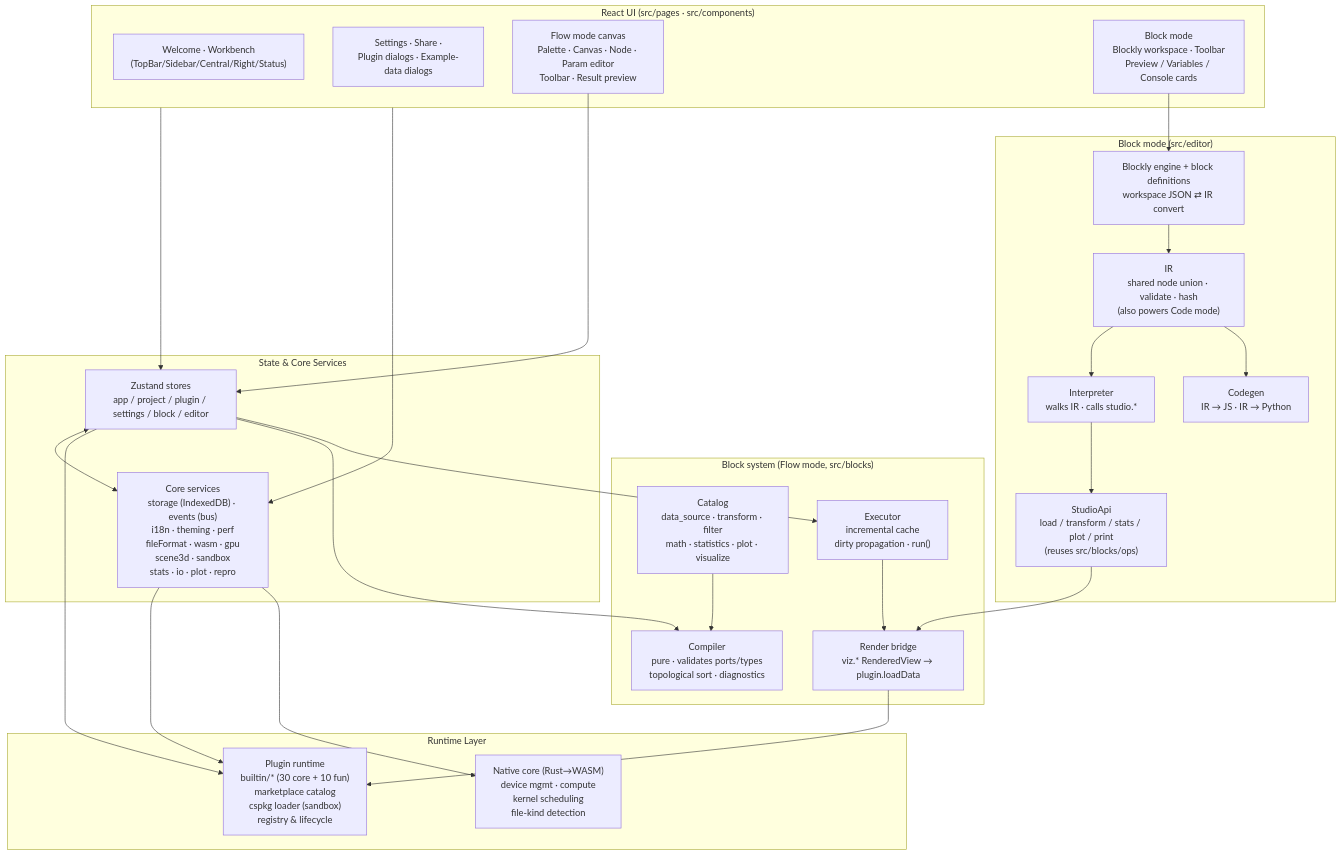
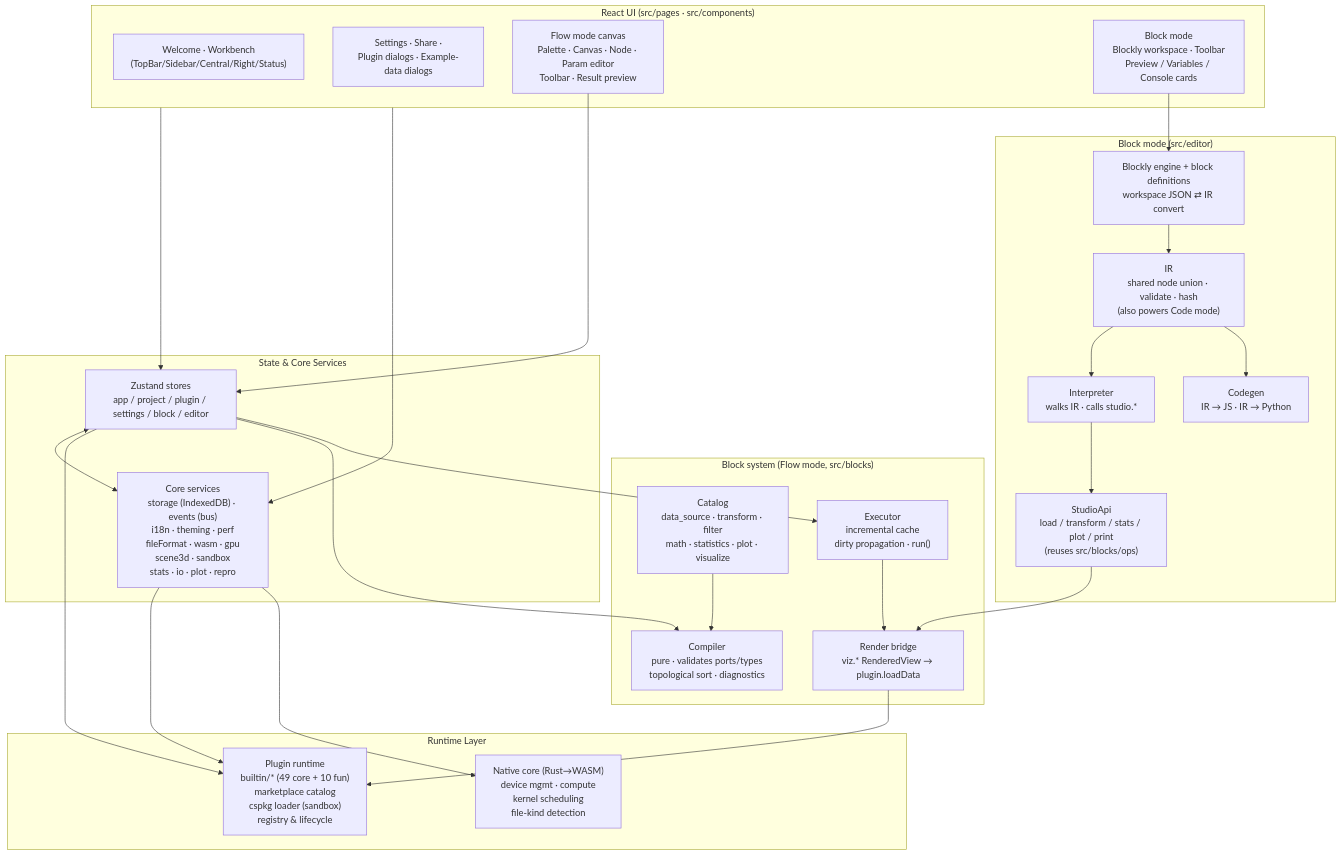
The diagram in docs/guide/architecture.md (SnowLeopard-io/ErgalicsStudio), drawn with Mermaid before and after one commit. The commit also changed 36 other files, not shown here.

````diff
--- a/docs/guide/architecture.md
+++ b/docs/guide/architecture.md
@@ -5,53 +5,53 @@
 ```mermaid
 flowchart TB
     subgraph UI["React UI (src/pages · src/components)"]
         A1["Welcome · Workbench<br/>(TopBar/Sidebar/Central/Right/Status)"]
         A2["Settings · Share ·<br/>Plugin dialogs · Example-data dialogs"]
         A3["Flow mode canvas<br/>Palette · Canvas · Node · Param editor<br/>Toolbar · Result preview"]
         A4["Block mode<br/>Blockly workspace · Toolbar<br/>Preview / Variables / Console cards"]
     end
 
     subgraph State["State & Core Services"]
         B1["Zustand stores<br/>app / project / plugin / settings / block / editor"]
         B2["Core services<br/>storage (IndexedDB) · events (bus)<br/>i18n · theming · perf<br/>fileFormat · wasm · gpu<br/>scene3d · sandbox<br/>stats · io · plot · repro"]
     end
 
     subgraph Blocks["Block system (Flow mode, src/blocks)"]
         D1["Catalog<br/>data_source · transform · filter<br/>math · statistics · plot · visualize"]
         D2["Compiler<br/>pure · validates ports/types<br/>topological sort · diagnostics"]
         D3["Executor<br/>incremental cache<br/>dirty propagation · run()"]
         D4["Render bridge<br/>viz.* RenderedView → plugin.loadData"]
     end
 
     subgraph Editor["Block mode (src/editor)"]
         E1["IR<br/>shared node union · validate · hash<br/>(also powers Code mode)"]
         E2["Blockly engine + block definitions<br/>workspace JSON ⇄ IR convert"]
         E3["Interpreter<br/>walks IR · calls studio.*"]
         E4["Codegen<br/>IR → JS · IR → Python"]
         E5["StudioApi<br/>load / transform / stats / plot / print<br/>(reuses src/blocks/ops)"]
     end
 
     subgraph Runtime["Runtime Layer"]
-        C1["Plugin runtime<br/>builtin/* (30 core + 10 fun)<br/>marketplace catalog<br/>cspkg loader (sandbox)<br/>registry & lifecycle"]
+        C1["Plugin runtime<br/>builtin/* (49 core + 10 fun)<br/>marketplace catalog<br/>cspkg loader (sandbox)<br/>registry & lifecycle"]
         C2["Native core (Rust→WASM)<br/>device mgmt · compute<br/>kernel scheduling<br/>file-kind detection"]
     end
 
     UI --> B1
     UI --> B2
     B1 <--> B2
     B1 --> C1
     B2 --> C1
     B2 --> C2
     A3 --> B1
     B1 --> D2
     B1 --> D3
     D1 --> D2
     D3 --> D4
     D4 --> C1
     A4 --> E2
     E2 --> E1
     E1 --> E3
     E1 --> E4
     E3 --> E5
     E5 --> D4
 ```
````
